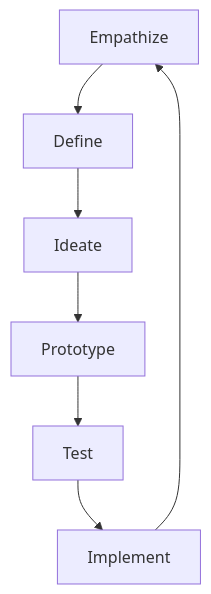
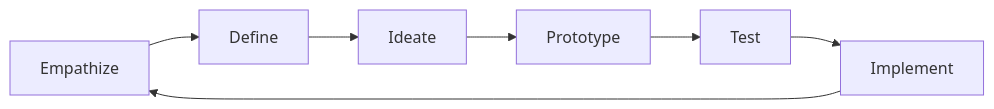
One commit to cheungupdt/mywebsite changed the diagram in src/innovation/methodologies.md. Above: the diagram before and after it, drawn with Mermaid. The commit also changed other lines of this file and 58 other files, not shown here.

````diff
--- a/src/innovation/methodologies.md
+++ b/src/innovation/methodologies.md
@@ -17,9 +17,9 @@
 ```mermaid
-graph TD
+graph LR
     A[Empathize] --> B[Define]
     B --> C[Ideate]
     C --> D[Prototype]
     D --> E[Test]
     E --> F[Implement]
     F --> A
 ```
````
